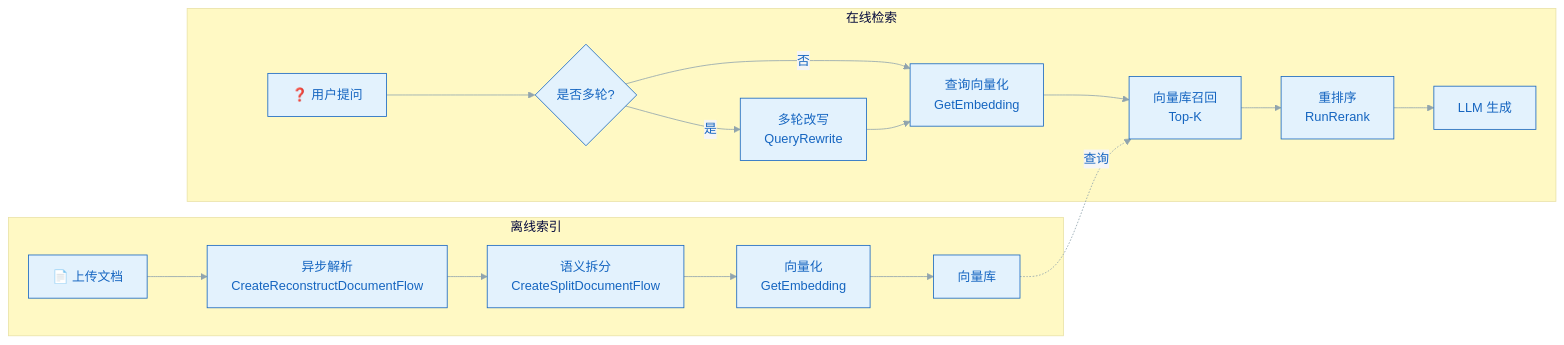
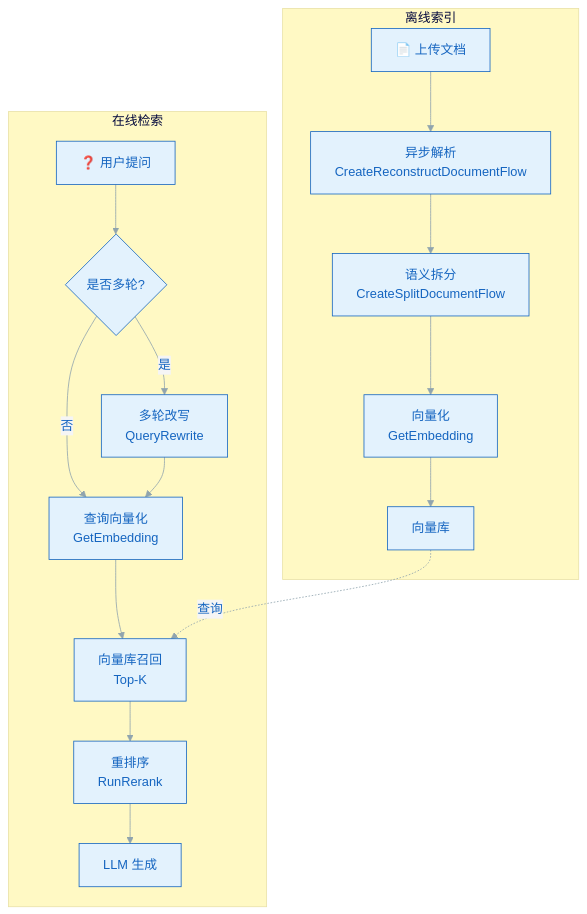
One commit to tanteng/blog changed the diagram in content/posts/tencent-cloud-knowledge-engine-rag-practice.md. Above: the diagram before and after it, drawn with Mermaid.

Commit message:
mermaid 流程图改为竖版

````diff
--- a/content/posts/tencent-cloud-knowledge-engine-rag-practice.md
+++ b/content/posts/tencent-cloud-knowledge-engine-rag-practice.md
@@ -56,22 +56,22 @@
 ```mermaid
 %%{init: {'theme': 'base', 'themeVariables': {'primaryColor': '#e3f2fd', 'primaryTextColor': '#1565c0', 'primaryBorderColor': '#1565c0', 'lineColor': '#90a4ae', 'secondaryColor': '#f5f5f5', 'tertiaryColor': '#fff9c4'}}}%%
-flowchart LR
+flowchart TB
     subgraph 离线索引
         A1["📄 上传文档"] --> A2["异步解析<br/>CreateReconstructDocumentFlow"]
         A2 --> A3["语义拆分<br/>CreateSplitDocumentFlow"]
         A3 --> A4["向量化<br/>GetEmbedding"]
         A4 --> A5["向量库"]
     end
 
     subgraph 在线检索
         B1["❓ 用户提问"] --> B2{"是否多轮?"}
         B2 -->|"是"| B3["多轮改写<br/>QueryRewrite"]
         B2 -->|"否"| B4
         B3 --> B4["查询向量化<br/>GetEmbedding"]
         B4 --> B5["向量库召回<br/>Top-K"]
         B5 --> B6["重排序<br/>RunRerank"]
         B6 --> B7["LLM 生成"]
     end
 
     A5 -.查询.-> B5
 ```
````
